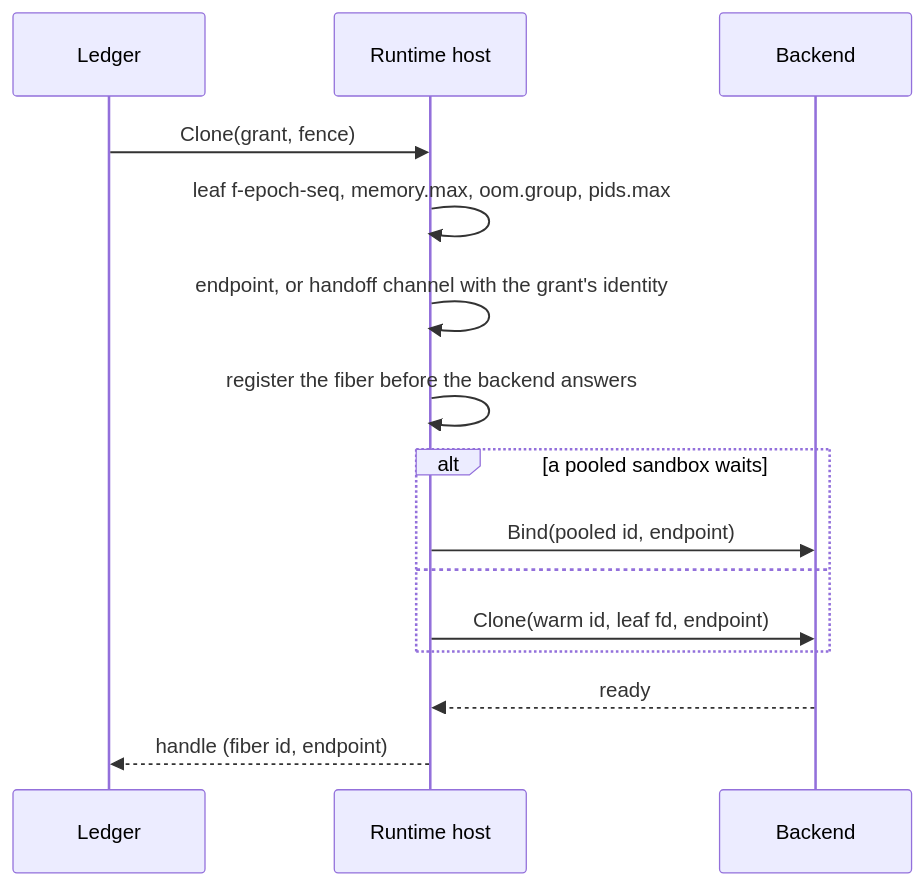
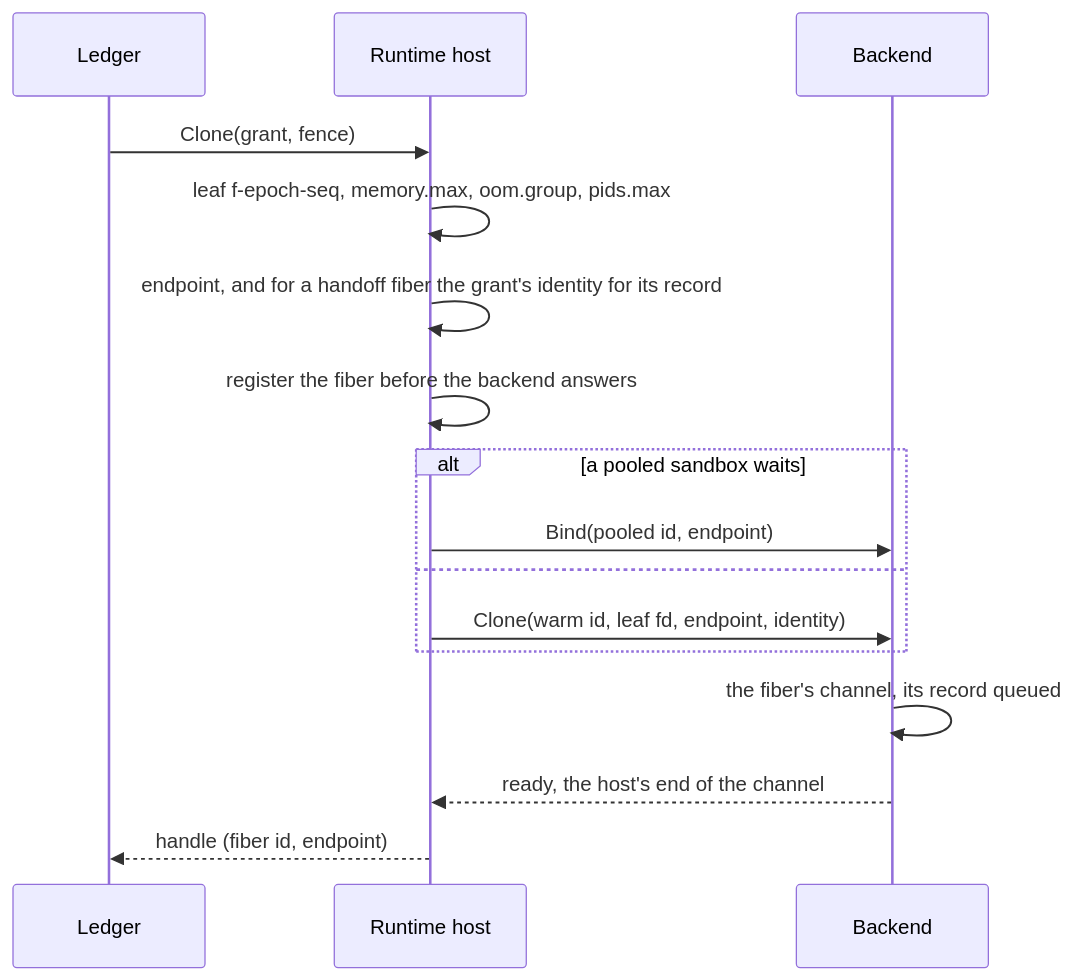
One commit to helayoty/fiberd changed the first of 2 diagrams in docs/design/runtime-host.md. Above: the diagram before and after it, drawn with Mermaid. The commit also changed 65 other files, not shown here.

Commit message:
Give every proc and runc fiber one incarnation record with a seed

````diff
--- a/docs/design/runtime-host.md
+++ b/docs/design/runtime-host.md
@@ -11,17 +11,18 @@
 ```mermaid
 sequenceDiagram
   participant L as Ledger
   participant H as Runtime host
   participant B as Backend
   L->>H: Clone(grant, fence)
   H->>H: leaf f-epoch-seq, memory.max, oom.group, pids.max
-  H->>H: endpoint, or handoff channel with the grant's identity
+  H->>H: endpoint, and for a handoff fiber the grant's identity for its record
   H->>H: register the fiber before the backend answers
   alt a pooled sandbox waits
     H->>B: Bind(pooled id, endpoint)
   else
-    H->>B: Clone(warm id, leaf fd, endpoint)
+    H->>B: Clone(warm id, leaf fd, endpoint, identity)
   end
-  B-->>H: ready
+  B->>B: the fiber's channel, its record queued
+  B-->>H: ready, the host's end of the channel
   H-->>L: handle (fiber id, endpoint)
 ```
````
